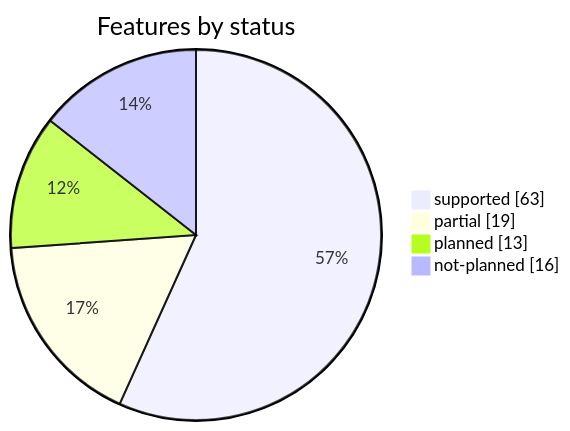
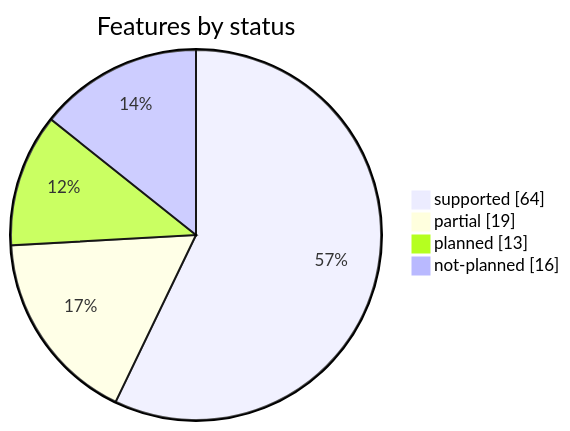
Before and after one commit to rafaelvieiras/tinyfin: the second of 2 diagrams in docs/COVERAGE.md, drawn with Mermaid. The commit also changed other lines of this file and 17 other files, not shown here.

````diff
--- a/docs/COVERAGE.md
+++ b/docs/COVERAGE.md
@@ -45,7 +45,7 @@
 ```mermaid
 pie showData title Features by status
-    "supported" : 63
+    "supported" : 64
     "partial" : 19
     "planned" : 13
     "not-planned" : 16
 ```
````
